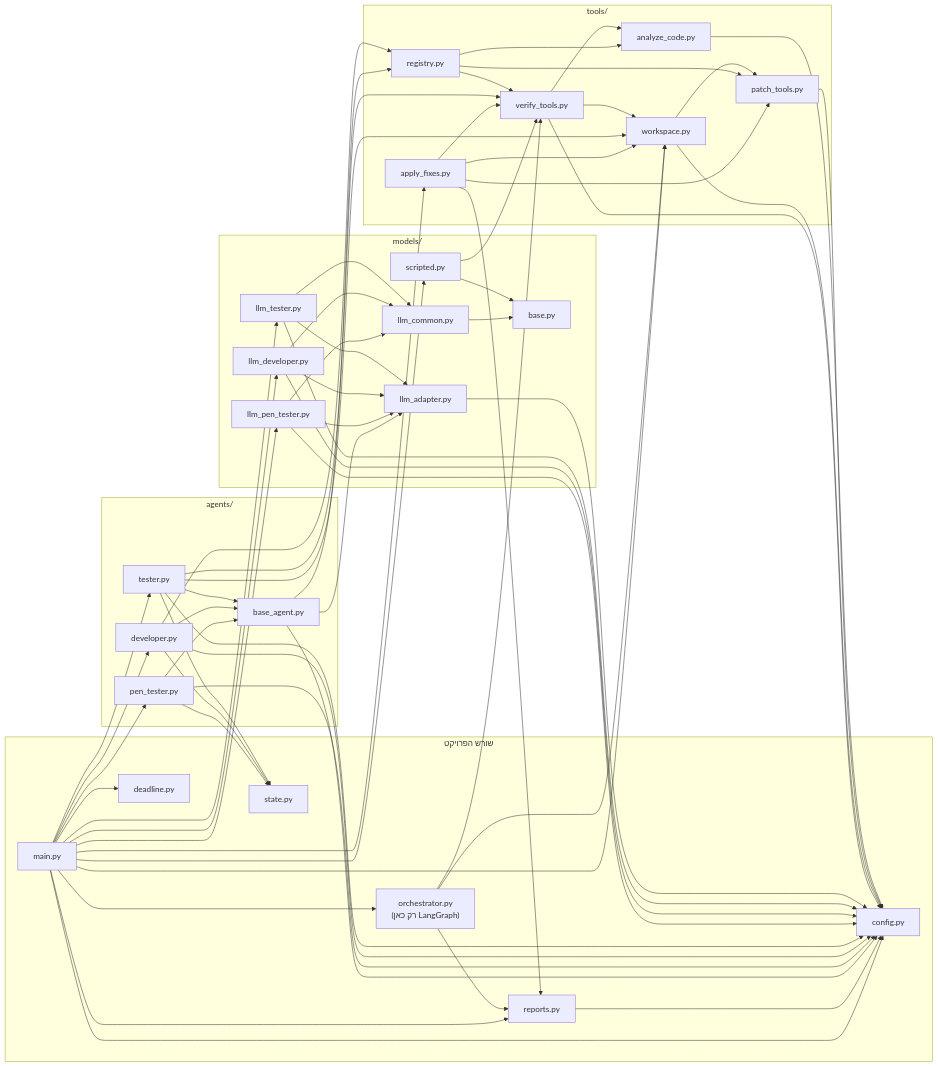
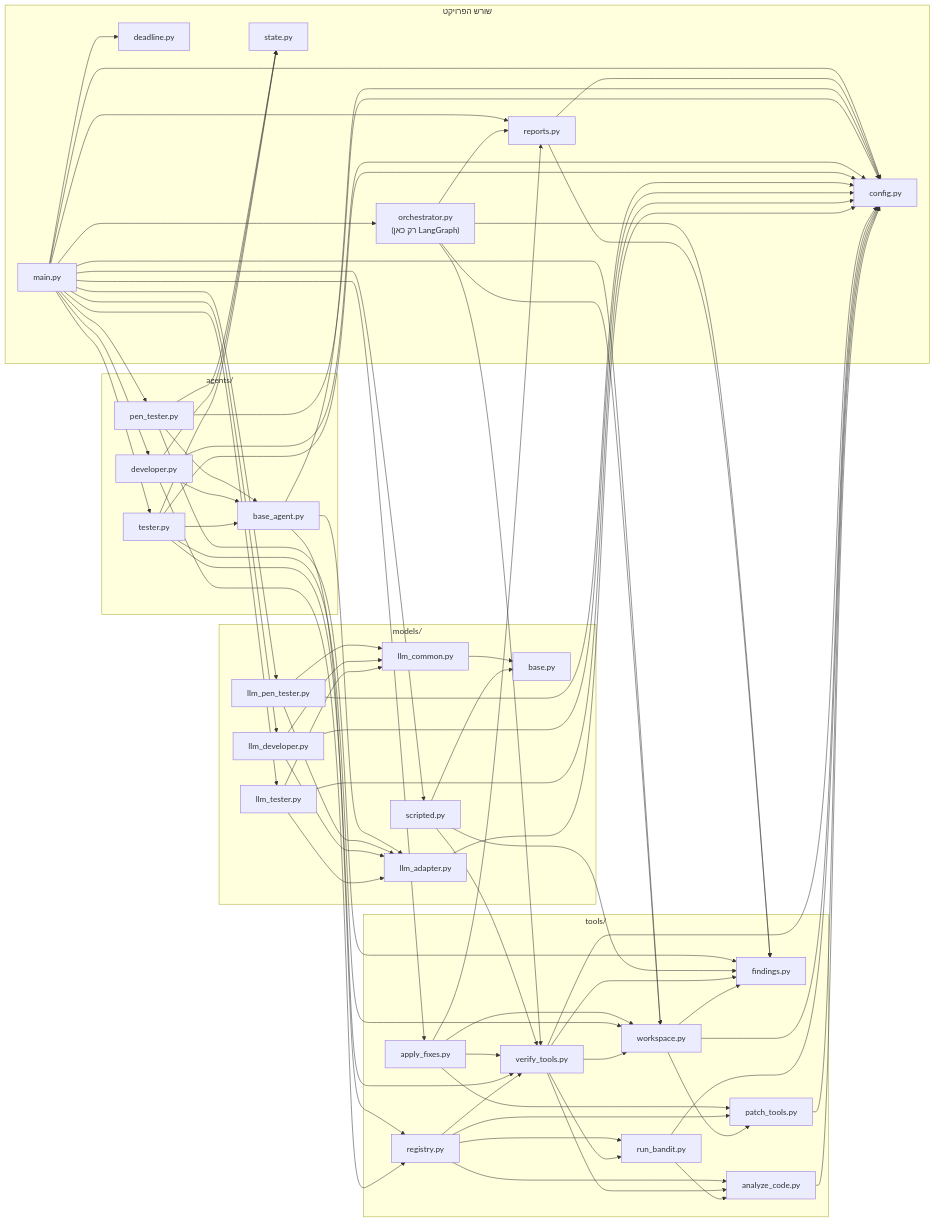
Before and after one commit to ransabag163/devsecops-team: the fourth of 4 diagrams in docs/ARCHITECTURE.md, drawn with Mermaid. The commit also changed other lines of this file and 1 other file, not shown here.

Commit message:
Document Bandit in the architecture and the README

````diff
--- a/docs/ARCHITECTURE.md
+++ b/docs/ARCHITECTURE.md
@@ -131,61 +141,64 @@
 ```mermaid
 flowchart LR
     subgraph ROOT["שורש הפרויקט"]
         main["main.py"]
         config["config.py"]
         state["state.py"]
         deadline["deadline.py"]
         orchestrator["orchestrator.py<br/>(רק כאן LangGraph)"]
         reports["reports.py"]
     end
 
     subgraph AGENTS["agents/"]
         base_agent["base_agent.py"]
         pen_tester["pen_tester.py"]
         developer["developer.py"]
         tester["tester.py"]
     end
 
     subgraph MODELS["models/"]
         mbase["base.py"]
         llm_adapter["llm_adapter.py"]
         llm_common["llm_common.py"]
         llm_pen["llm_pen_tester.py"]
         llm_dev["llm_developer.py"]
         llm_tst["llm_tester.py"]
         scripted["scripted.py"]
     end
 
     subgraph TOOLS["tools/"]
         registry["registry.py"]
         analyze["analyze_code.py"]
+        bandit["run_bandit.py"]
+        findings["findings.py"]
         patch["patch_tools.py"]
         verify["verify_tools.py"]
         workspace["workspace.py"]
         apply_fixes["apply_fixes.py"]
     end
 
     main --> config & deadline & pen_tester & developer & tester
     main --> llm_pen & llm_dev & llm_tst & scripted & workspace
     main --> orchestrator & reports & apply_fixes
 
-    orchestrator --> reports & verify & workspace
-    reports --> config
+    orchestrator --> reports & verify & workspace & findings
+    reports --> config & findings
     apply_fixes --> reports & patch & verify & workspace
 
     base_agent --> config & llm_adapter & registry
-    pen_tester --> base_agent & state & config
+    pen_tester --> base_agent & state & config & findings
     developer --> base_agent & state & registry & config
     tester --> base_agent & state & verify & workspace & config
 
     llm_pen & llm_dev & llm_tst --> llm_adapter & llm_common & config
     llm_common --> mbase
-    scripted --> mbase & verify
+    scripted --> mbase & verify & findings
     llm_adapter --> config
 
-    registry --> analyze & patch & verify
-    verify --> analyze & workspace & config
-    workspace --> patch & config
+    registry --> analyze & bandit & patch & verify
+    verify --> analyze & bandit & findings & workspace & config
+    workspace --> patch & findings & config
+    bandit --> analyze & config
     patch --> config
     analyze --> config
 ```
````
